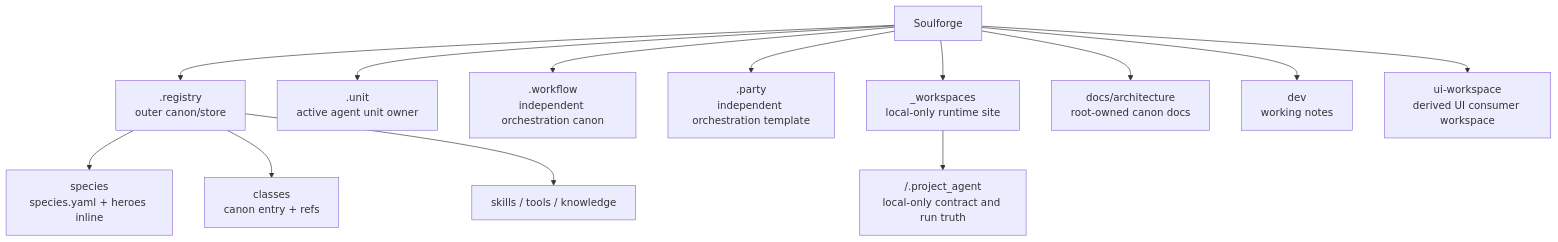
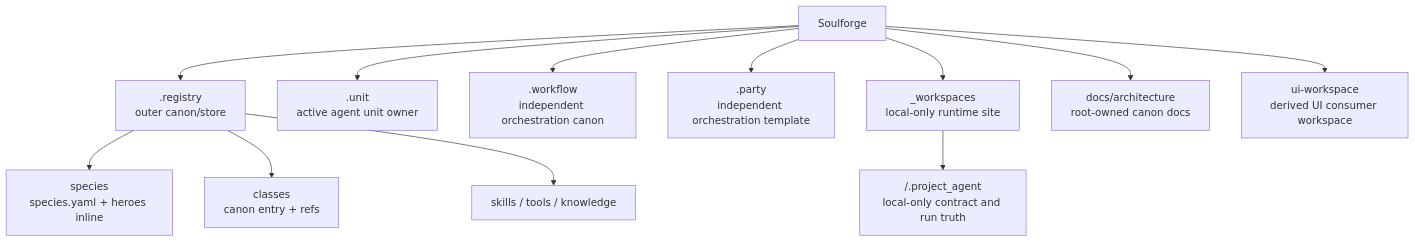
Before and after one commit to SungYongMOON/soulforge: the diagram in README.md, drawn with Mermaid. The commit also changed other lines of this file and 148 other files, not shown here.

````diff
--- a/README.md
+++ b/README.md
@@ -17,15 +17,14 @@
 ```mermaid
 flowchart TD
   S["Soulforge"] --> R[".registry<br/>outer canon/store"]
   R --> RS["species<br/>species.yaml + heroes inline"]
   R --> RC["classes<br/>canon entry + refs"]
   R --> RK["skills / tools / knowledge"]
   S --> U[".unit<br/>active agent unit owner"]
   S --> W[".workflow<br/>independent orchestration canon"]
   S --> P[".party<br/>independent orchestration template"]
   S --> M["_workspaces<br/>local-only runtime site"]
   S --> D["docs/architecture<br/>root-owned canon docs"]
-  S --> V["dev<br/>working notes"]
   S --> UI["ui-workspace<br/>derived UI consumer workspace"]
   M --> PA["<project_code>/.project_agent<br/>local-only contract and run truth"]
 ```
````
